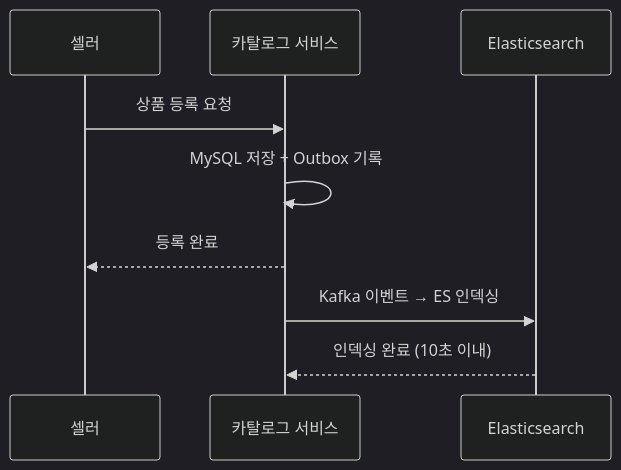
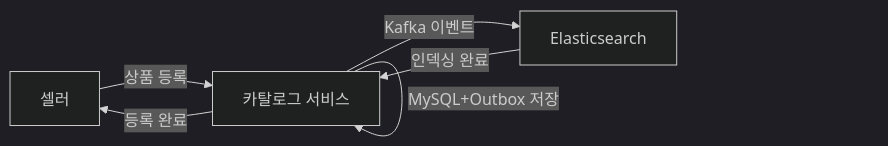
One commit to yjkim2015/yjkim2015.github.io changed the second of 4 diagrams in _posts/systemdesign/2026-05-11-system-design-product-catalog.md. Above: the diagram before and after it, drawn with Mermaid (dark theme). The commit also changed other lines of this file and 84 other files, not shown here.

First line of the commit message:
85개 포스트 Mermaid 다이어그램 규칙 일괄 수정

````diff
--- a/_posts/systemdesign/2026-05-11-system-design-product-catalog.md
+++ b/_posts/systemdesign/2026-05-11-system-design-product-catalog.md
@@ -151,11 +151,8 @@
 ```mermaid
-sequenceDiagram
-    participant S as 셀러
-    participant CS as 카탈로그 서비스
-    participant ES as Elasticsearch
-    S->>CS: 상품 등록 요청
-    CS->>CS: MySQL 저장 + Outbox 기록
-    CS-->>S: 등록 완료
-    CS->>ES: Kafka 이벤트 → ES 인덱싱
-    ES-->>CS: 인덱싱 완료 (10초 이내)
+graph LR
+    A[셀러] -->|상품 등록| B[카탈로그 서비스]
+    B -->|MySQL+Outbox 저장| B
+    B -->|등록 완료| A
+    B -->|Kafka 이벤트| C[Elasticsearch]
+    C -->|인덱싱 완료| B
 ```
````
